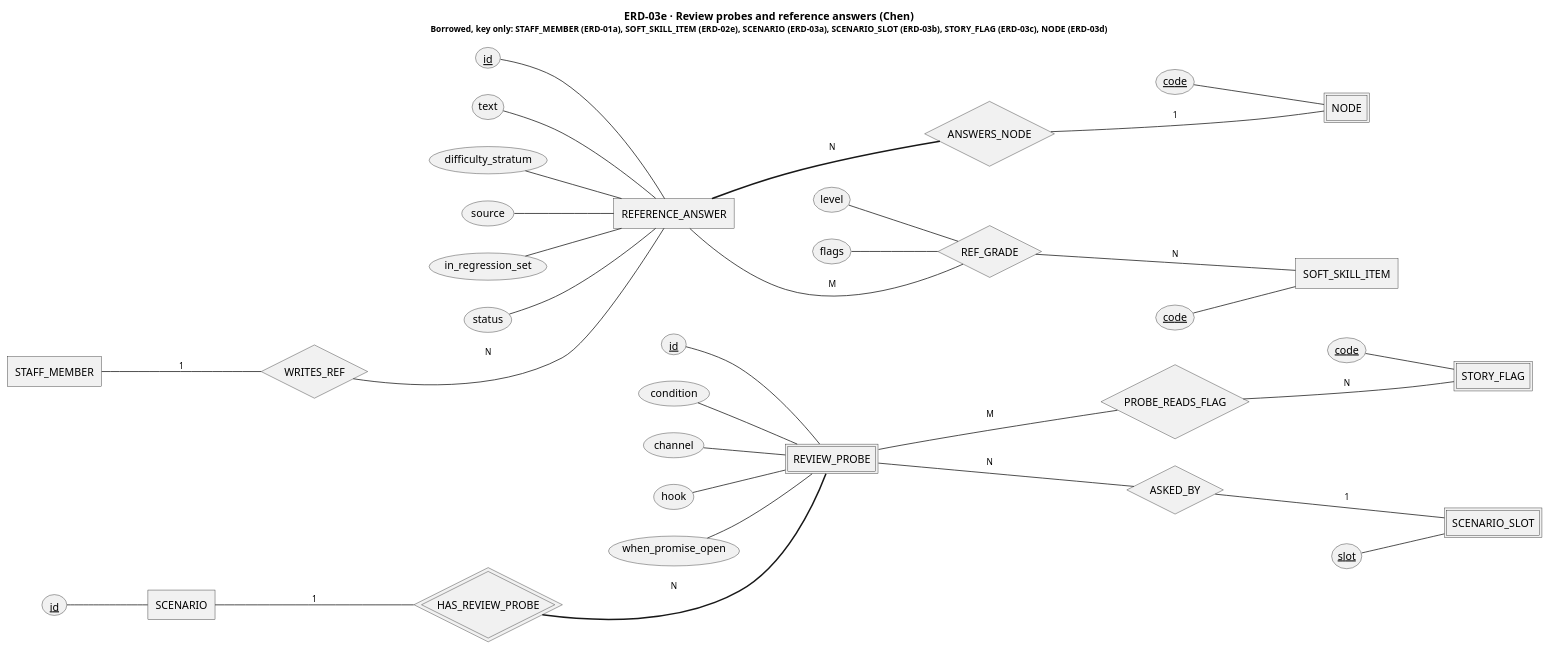
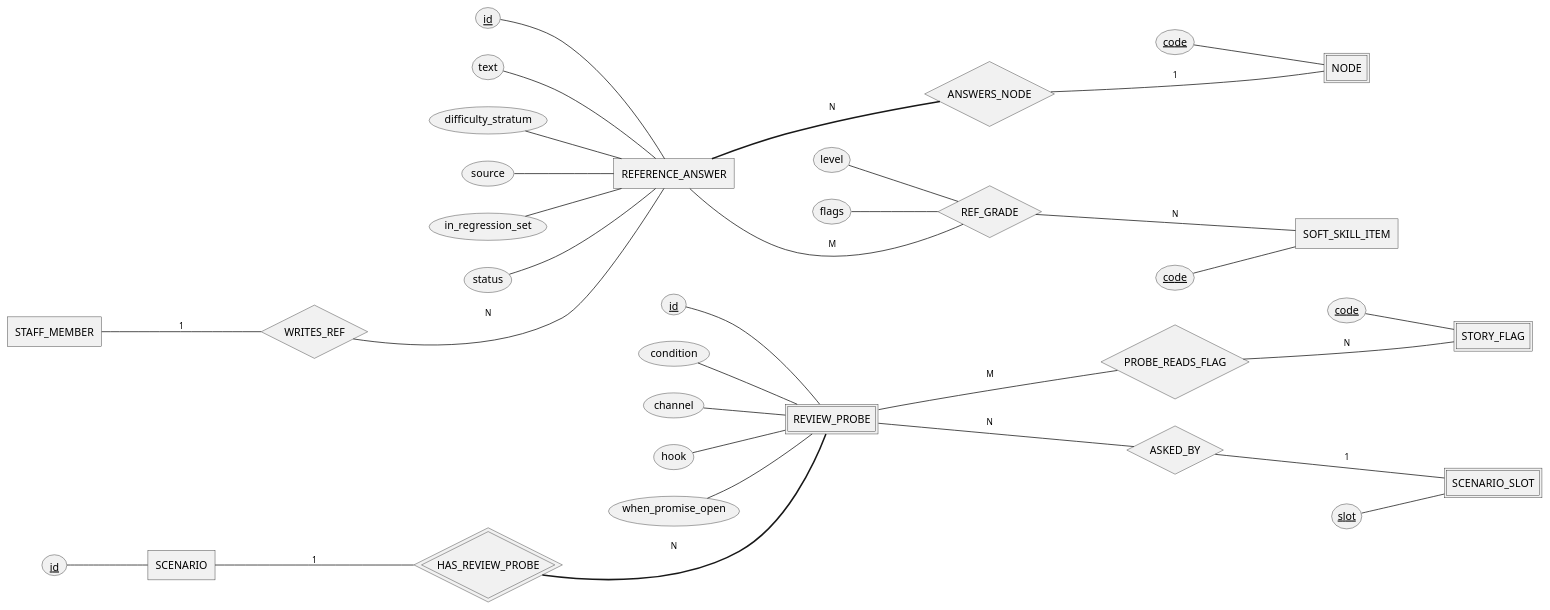
Before and after one commit to The-Golden-Trio/Capstone-Project: the diagram in reports/master/plantuml/erd/ERD-03e_ProbesAndAnswers.puml, drawn with PlantUML. The commit also changed 167 other files, not shown here.

```diff
--- a/reports/master/plantuml/erd/ERD-03e_ProbesAndAnswers.puml
+++ b/reports/master/plantuml/erd/ERD-03e_ProbesAndAnswers.puml
@@ -1,84 +1,84 @@
 @startchen ERD-03e_ProbesAndAnswers
-title ERD-03e · Review probes and reference answers (Chen)\n<size:11>Borrowed, key only: STAFF_MEMBER (ERD-01a), SOFT_SKILL_ITEM (ERD-02e), SCENARIO (ERD-03a), SCENARIO_SLOT (ERD-03b), STORY_FLAG (ERD-03c), NODE (ERD-03d)</size>
+' Borrowed, key only: STAFF_MEMBER (ERD-01a), SOFT_SKILL_ITEM (ERD-02e), SCENARIO (ERD-03a), SCENARIO_SLOT (ERD-03b), STORY_FLAG (ERD-03c), NODE (ERD-03d)
 left to right direction
 ' GENERATED by reports/master/design/compact/gen_erd.py from plantuml/erd/ERD_JobQuest_Chen.puml.
 ' Do not edit this file: edit ERD_JobQuest_Chen.puml (or VIEWS in the script) and rerun the script.
 ' Sections: E. Scenario content
 ' Notation: <<weak>> double rectangle · <<identifying>> double diamond · <<key>> key (partial on weak)
 '   <<derived>> dashed oval · <<multi>> double oval · { } composite · =N= total participation
 '   Label next to an entity = that entity's cardinality in the relationship.
 ' [CAM] research still 'can chot' or draft (07 A28) · [VANG] research 'da chot', no D-ID yet
 
 ' ═══ Entities ═══
 entity REVIEW_PROBE <<weak>> {
   id <<key>>
   condition
   channel
   hook
   when_promise_open
 }
 entity REFERENCE_ANSWER {
   id <<key>>
   text
   difficulty_stratum
   source
   in_regression_set
   status
 }
 
 ' ═══ Relationships ═══
 relationship HAS_REVIEW_PROBE <<identifying>> {
 }
 relationship PROBE_READS_FLAG {
 }
 relationship ASKED_BY {
 }
 relationship ANSWERS_NODE {
 }
 relationship WRITES_REF {
 }
 relationship REF_GRADE {
   level
   flags
 }
 
 ' ═══ Borrowed from other views (key attributes only) ═══
 ' home: ERD-01a
 entity STAFF_MEMBER {
 }
 ' home: ERD-02e
 entity SOFT_SKILL_ITEM {
   code <<key>>
 }
 ' home: ERD-03a
 entity SCENARIO {
   id <<key>>
 }
 ' home: ERD-03b
 entity SCENARIO_SLOT <<weak>> {
   slot <<key>>
 }
 ' home: ERD-03c
 entity STORY_FLAG <<weak>> {
   code <<key>>
 }
 ' home: ERD-03d
 entity NODE <<weak>> {
   code <<key>>
 }
 
 ' ═══ Links ═══
 SCENARIO -1- HAS_REVIEW_PROBE
 HAS_REVIEW_PROBE =N= REVIEW_PROBE
 REVIEW_PROBE -M- PROBE_READS_FLAG
 PROBE_READS_FLAG -N- STORY_FLAG
 REVIEW_PROBE -N- ASKED_BY
 ASKED_BY -1- SCENARIO_SLOT
 REFERENCE_ANSWER =N= ANSWERS_NODE
 ANSWERS_NODE -1- NODE
 STAFF_MEMBER -1- WRITES_REF
 WRITES_REF -N- REFERENCE_ANSWER
 REFERENCE_ANSWER -M- REF_GRADE
 REF_GRADE -N- SOFT_SKILL_ITEM
 
 @endchen
```
